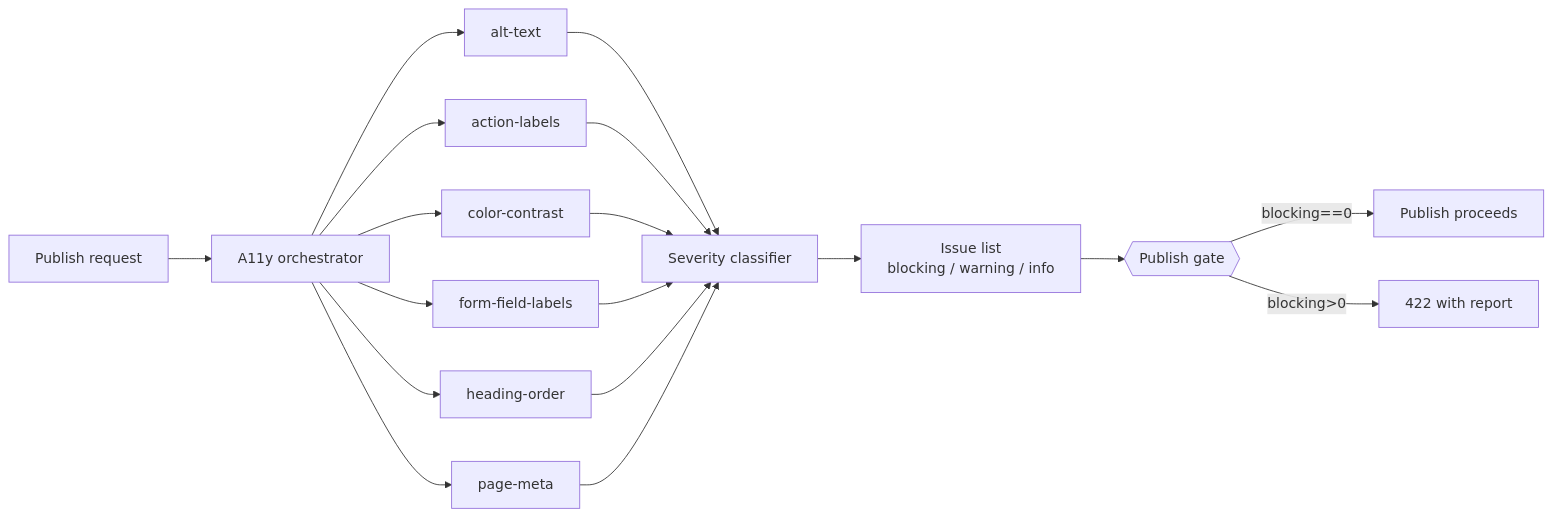
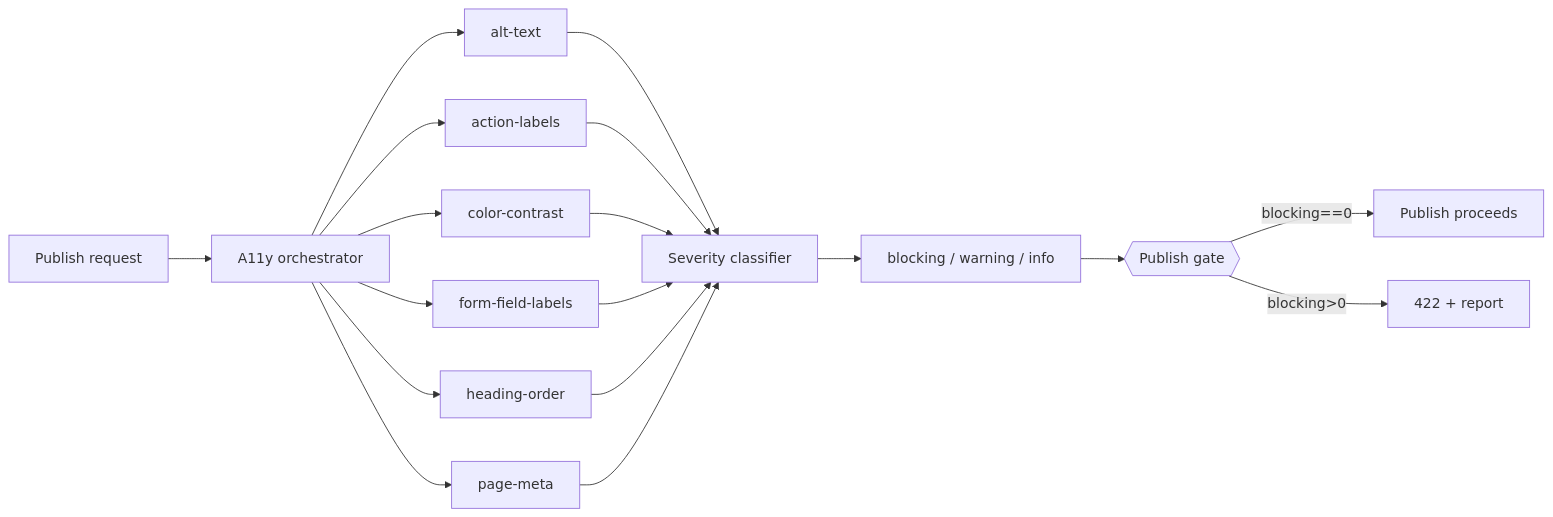
One commit to aayushman-singh/open-canvas changed diagram 21 of 35 in docs/demo/diagrams/live-draw-reference.md. Above: the diagram before and after it, drawn with Mermaid. The commit also changed other lines of this file and 1 other file, not shown here.

````diff
--- a/docs/demo/diagrams/live-draw-reference.md
+++ b/docs/demo/diagrams/live-draw-reference.md
@@ -620,20 +682,20 @@
 ```mermaid
 flowchart LR
   pub[Publish request] --> orch[A11y orchestrator]
   orch --> c1[alt-text]
   orch --> c2[action-labels]
   orch --> c3[color-contrast]
   orch --> c4[form-field-labels]
   orch --> c5[heading-order]
   orch --> c6[page-meta]
   c1 --> sev[Severity classifier]
   c2 --> sev
   c3 --> sev
   c4 --> sev
   c5 --> sev
   c6 --> sev
-  sev --> issues[Issue list<br/>blocking / warning / info]
+  sev --> issues[blocking / warning / info]
   issues --> gate{{Publish gate}}
   gate -- blocking==0 --> ok[Publish proceeds]
-  gate -- blocking>0 --> blocked[422 with report]
+  gate -- blocking>0 --> blocked[422 + report]
 ```
````
